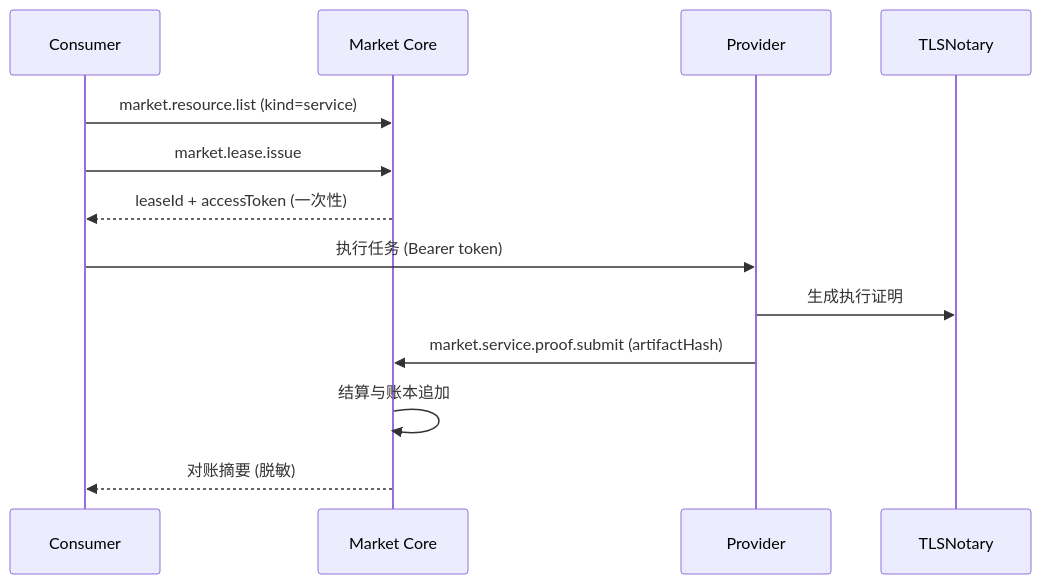
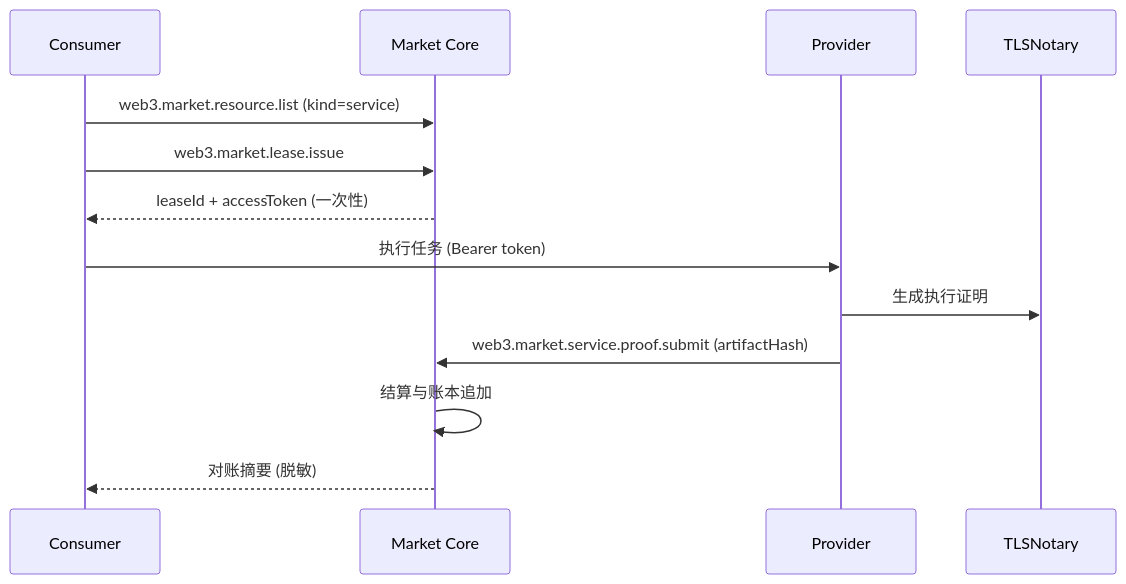
Before and after one commit to Nuxs/openclaw: the diagram in docs/reference/ai-steward-service-market-plan.md, drawn with Mermaid. The commit also changed other lines of this file, not shown here.

Commit message:
docs: update ai-steward service market plan

````diff
--- a/docs/reference/ai-steward-service-market-plan.md
+++ b/docs/reference/ai-steward-service-market-plan.md
@@ -74,16 +98,16 @@
 ```mermaid
 sequenceDiagram
   participant C as Consumer
   participant M as Market Core
   participant P as Provider
   participant N as TLSNotary
 
-  C->>M: market.resource.list (kind=service)
-  C->>M: market.lease.issue
+  C->>M: web3.market.resource.list (kind=service)
+  C->>M: web3.market.lease.issue
   M-->>C: leaseId + accessToken (一次性)
   C->>P: 执行任务 (Bearer token)
   P->>N: 生成执行证明
-  P->>M: market.service.proof.submit (artifactHash)
+  P->>M: web3.market.service.proof.submit (artifactHash)
   M->>M: 结算与账本追加
   M-->>C: 对账摘要 (脱敏)
 ```
````
